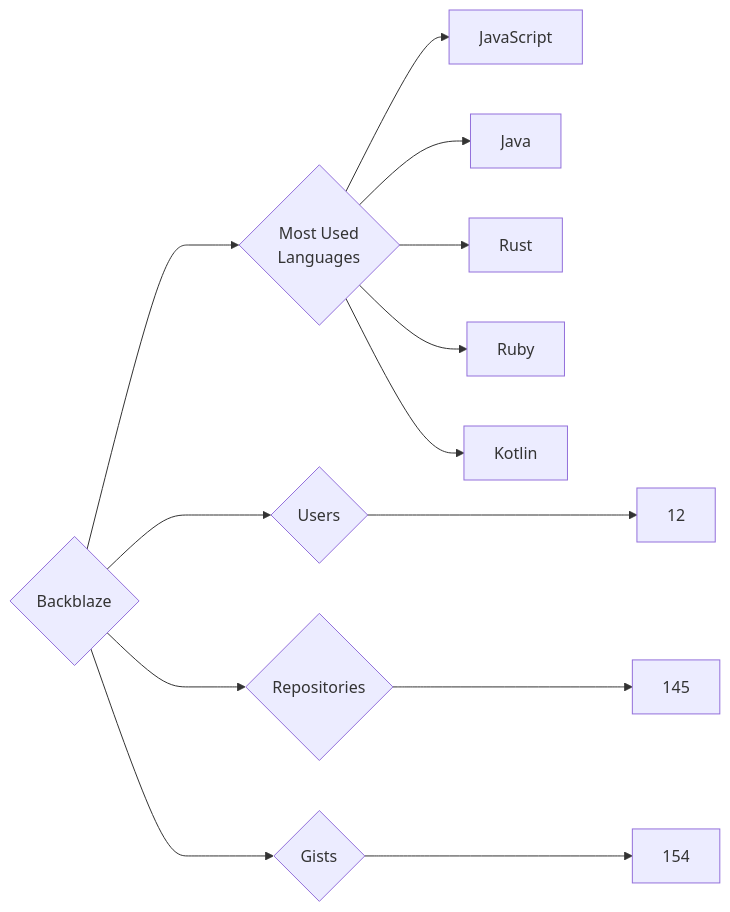
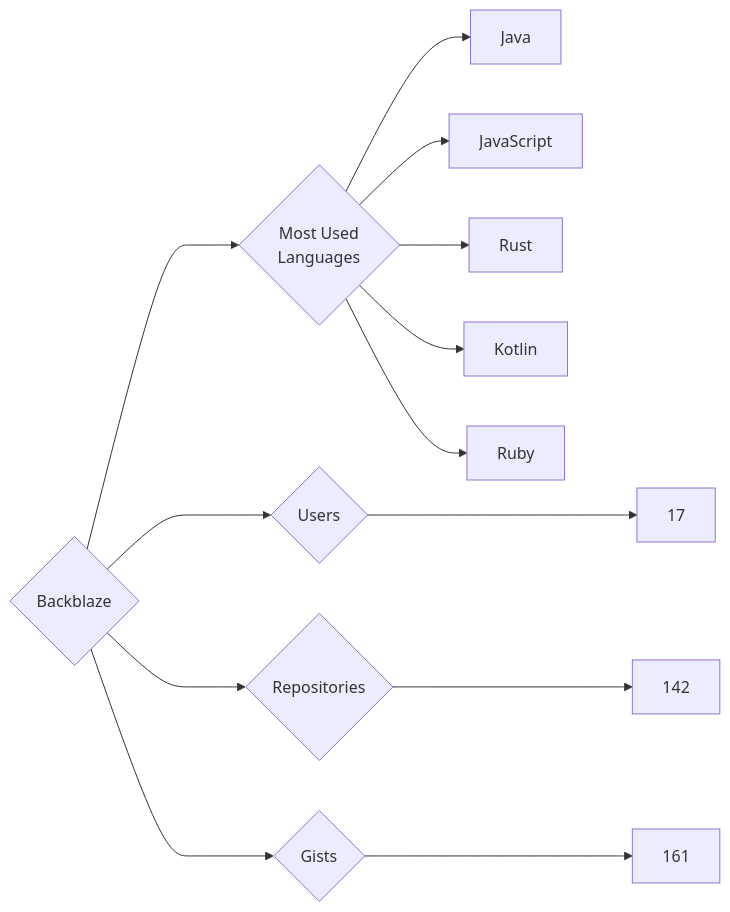
One commit to trickest/insiders changed the diagram in targets/Backblaze/README.md. Above: the diagram before and after it, drawn with Mermaid. The commit also changed 826 other files, not shown here.

````diff
--- a/targets/Backblaze/README.md
+++ b/targets/Backblaze/README.md
@@ -3,13 +3,13 @@
 ```mermaid
 graph LR
 COMPANY_NAME{Backblaze}
-COMPANY_NAME ---> U{Users} ---> UN[12]
-COMPANY_NAME ---> R{Repositories} ---> RN[145]
-COMPANY_NAME ---> G{Gists} ---> GN[154]
+COMPANY_NAME ---> U{Users} ---> UN[17]
+COMPANY_NAME ---> R{Repositories} ---> RN[142]
+COMPANY_NAME ---> G{Gists} ---> GN[161]
 COMPANY_NAME ---> ML{Most Used<br>Languages}
+ML --> Java[Java]
 ML --> JavaScript[JavaScript]
-ML --> Java[Java]
 ML --> Rust[Rust]
+ML --> Kotlin[Kotlin]
 ML --> Ruby[Ruby]
-ML --> Kotlin[Kotlin]
 ```
````
